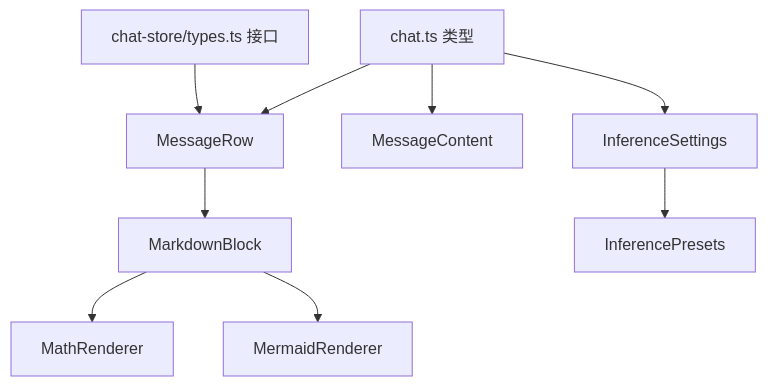
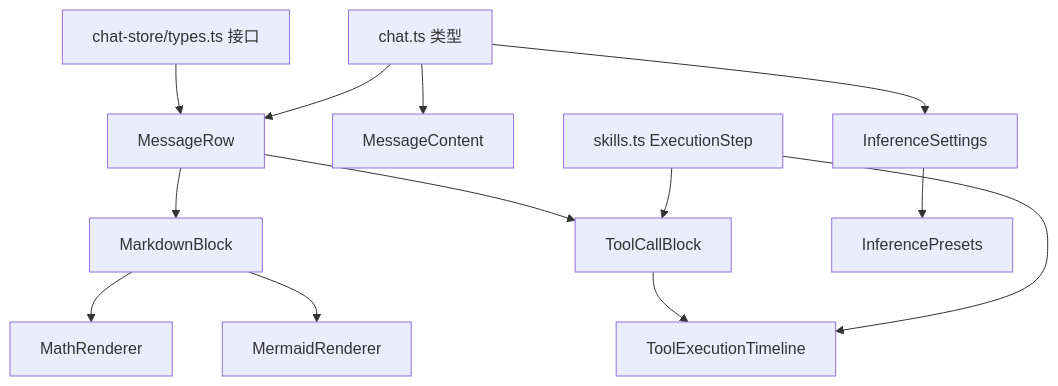
The ninth of 9 diagrams in .qoder/repowiki/zh/content/UI组件系统/聊天组件.md (NarcisWL/Nexara), drawn with Mermaid before and after one commit. The commit also changed other lines of this file and 4 other files, not shown here.

````diff
--- a/.qoder/repowiki/zh/content/UI组件系统/聊天组件.md
+++ b/.qoder/repowiki/zh/content/UI组件系统/聊天组件.md
@@ -370,11 +420,15 @@
 ```mermaid
 graph TB
 Types["chat.ts 类型"] --> MessageRow
 Types --> MessageContent
 Types --> InferenceSettings
+SkillsTypes["skills.ts ExecutionStep"] --> ToolCallBlock
+SkillsTypes --> ToolExecutionTimeline
 StoreTypes["chat-store/types.ts 接口"] --> MessageRow
+MessageRow --> ToolCallBlock
+ToolCallBlock --> ToolExecutionTimeline
 MessageRow --> MarkdownBlock
 MarkdownBlock --> MathRenderer
 MarkdownBlock --> MermaidRenderer
 InferenceSettings --> InferencePresets
 ```
````
